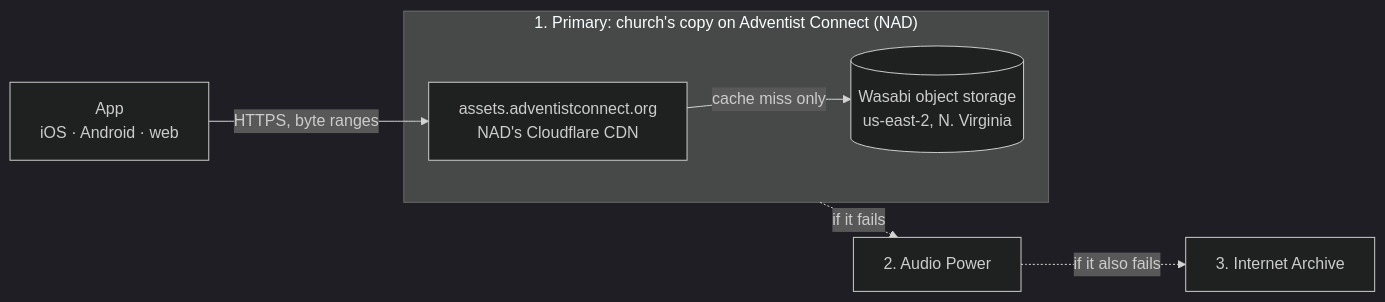
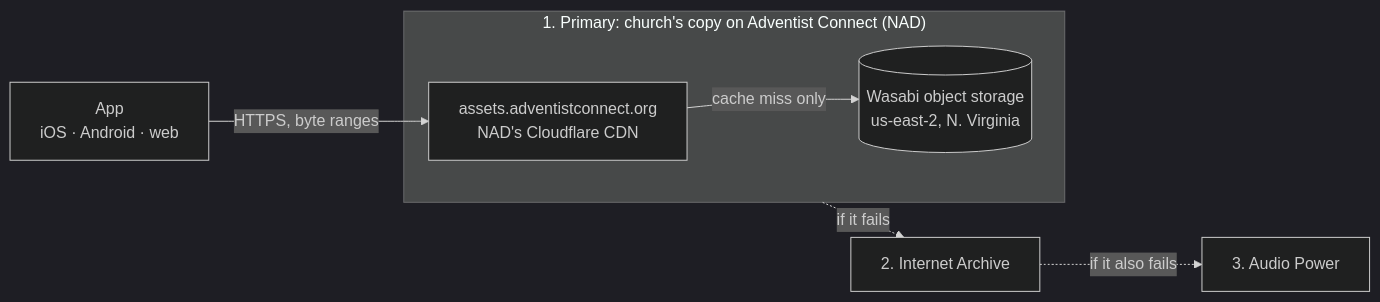
Before and after one commit to New-York-Chinese-Seventh-day-Adventist/sda-church-app: the diagram in docs/operations/adventist-connect-media.md, drawn with Mermaid (dark theme). The commit also changed other lines of this file and 20 other files, not shown here.

````diff
--- a/docs/operations/adventist-connect-media.md
+++ b/docs/operations/adventist-connect-media.md
@@ -45,9 +45,9 @@
 ```mermaid
 flowchart LR
   app[App<br/>iOS · Android · web] -- HTTPS, byte ranges --> cdn
   subgraph primary["1. Primary: church's copy on Adventist Connect (NAD)"]
     cdn[assets.adventistconnect.org<br/>NAD's Cloudflare CDN] -- cache miss only --> wasabi[(Wasabi object storage<br/>us-east-2, N. Virginia)]
   end
-  primary -. "if it fails" .-> ap["2. Audio Power"]
-  ap -. "if it also fails" .-> ia["3. Internet Archive"]
+  primary -. "if it fails" .-> ia["2. Internet Archive"]
+  ia -. "if it also fails" .-> ap["3. Audio Power"]
 ```
````
